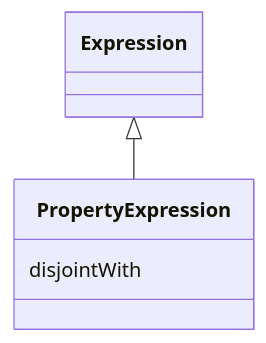
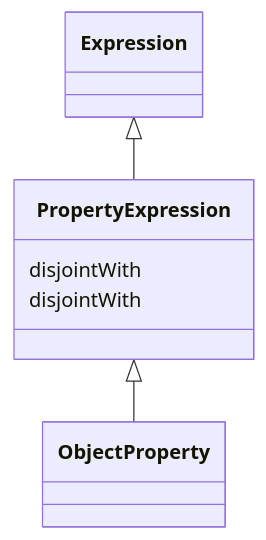
One commit to INCATools/ontology-access-kit changed the diagram in ontology-metadata/PropertyExpression.md. Above: the diagram before and after it, drawn with Mermaid. The commit also changed 245 other files, not shown here.

````diff
--- a/ontology-metadata/PropertyExpression.md
+++ b/ontology-metadata/PropertyExpression.md
@@ -13,8 +13,13 @@
 ```{mermaid}
  classDiagram
+    class PropertyExpression
       Expression <|-- PropertyExpression
       
       PropertyExpression : disjointWith
       
 
+      PropertyExpression <|-- ObjectProperty
+      
+      PropertyExpression : disjointWith
+      
 ```
````
